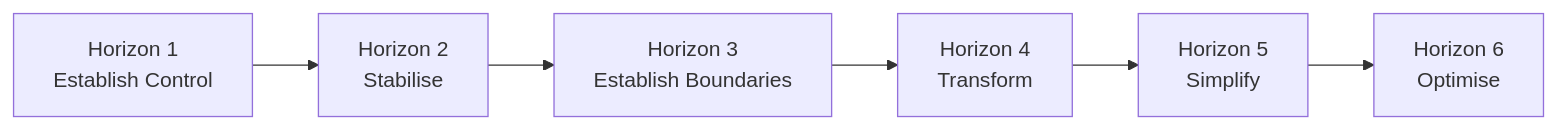
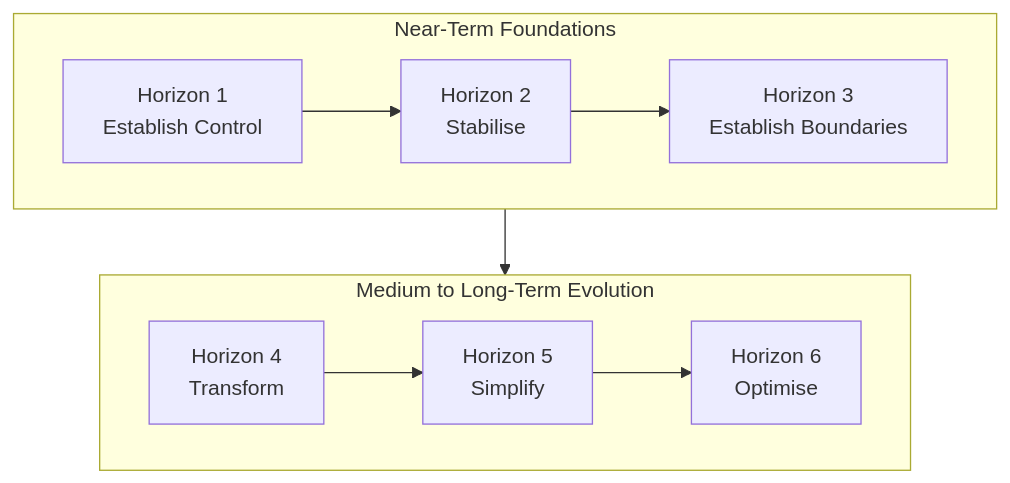
Diagram 17 of 22 in docs/sop/methods/architecture-assessment-roadmap-report.v2.md (avfranco-br/portfolio), drawn with Mermaid before and after one commit. The commit also changed other lines of this file and 10 other files, not shown here.

Commit message:
Refactor Mermaid diagrams across SOP and methods documentation for legibility

````diff
--- a/docs/sop/methods/architecture-assessment-roadmap-report.v2.md
+++ b/docs/sop/methods/architecture-assessment-roadmap-report.v2.md
@@ -1104,14 +1112,16 @@
 ```mermaid
-flowchart LR
-    H1["Horizon 1<br/>Establish Control"]
-    H2["Horizon 2<br/>Stabilise"]
-    H3["Horizon 3<br/>Establish Boundaries"]
-    H4["Horizon 4<br/>Transform"]
-    H5["Horizon 5<br/>Simplify"]
-    H6["Horizon 6<br/>Optimise"]
-    H1 --> H2
-    H2 --> H3
+flowchart TD
+    subgraph Tier1["Near-Term Foundations"]
+        direction LR
+        H1["Horizon 1<br/>Establish Control"] --> H2["Horizon 2<br/>Stabilise"]
+        H2 --> H3["Horizon 3<br/>Establish Boundaries"]
+    end
+
+    subgraph Tier2["Medium to Long-Term Evolution"]
+        direction LR
+        H4["Horizon 4<br/>Transform"] --> H5["Horizon 5<br/>Simplify"]
+        H5 --> H6["Horizon 6<br/>Optimise"]
+    end
+
     H3 --> H4
-    H4 --> H5
-    H5 --> H6
 ```
````
